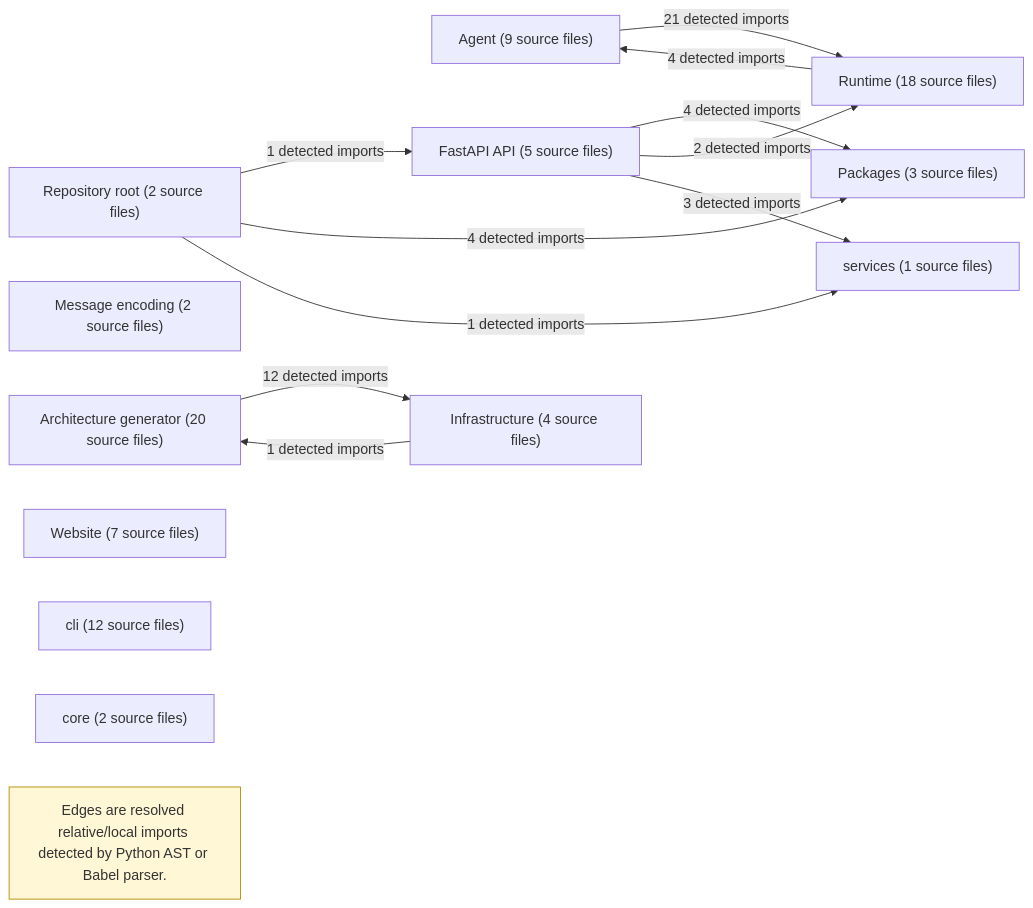
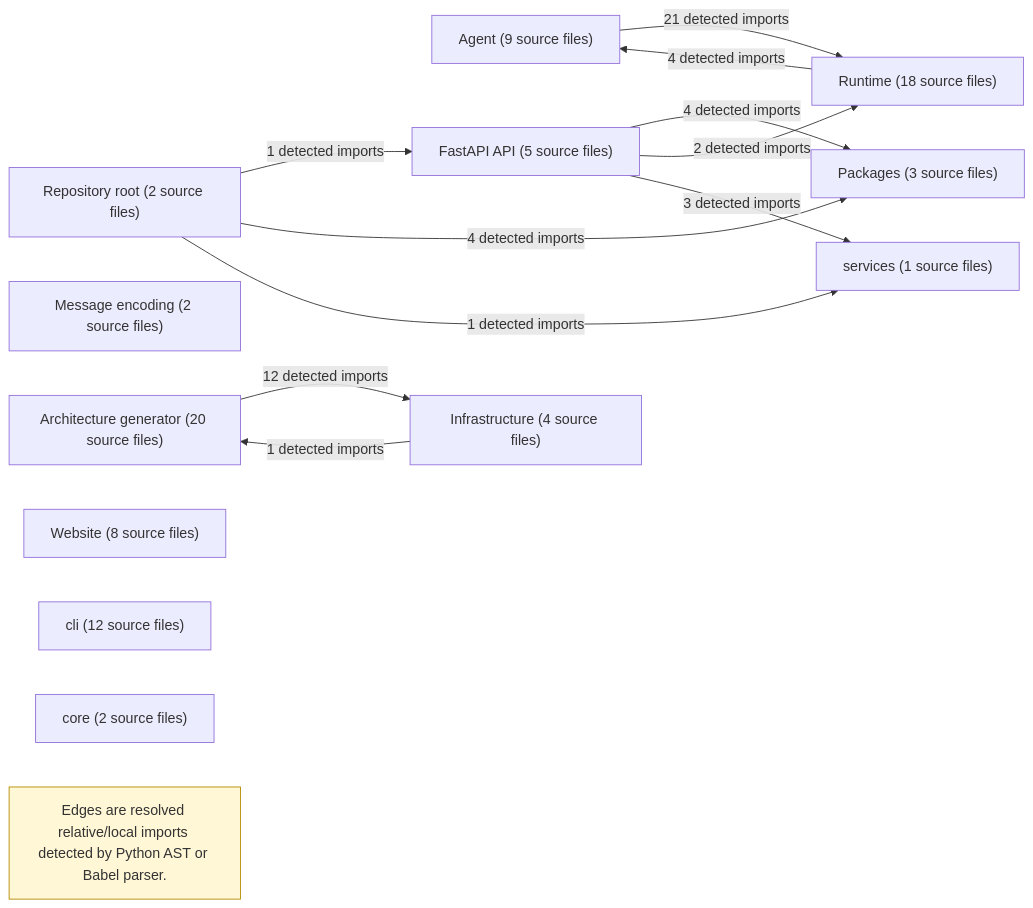
One commit to TheWildKaden/ArdvarkFood changed the diagram in docs/architecture/modules.mmd. Above: the diagram before and after it, drawn with Mermaid. The commit also changed 11 other files, not shown here.

```diff
--- a/docs/architecture/modules.mmd
+++ b/docs/architecture/modules.mmd
@@ -1,26 +1,26 @@
 flowchart LR
   Agent["Agent (9 source files)"]
   Architecture_generator["Architecture generator (20 source files)"]
   FastAPI_API["FastAPI API (5 source files)"]
   Infrastructure["Infrastructure (4 source files)"]
   Message_encoding["Message encoding (2 source files)"]
   Packages["Packages (3 source files)"]
   Repository_root["Repository root (2 source files)"]
   Runtime["Runtime (18 source files)"]
-  Website["Website (7 source files)"]
+  Website["Website (8 source files)"]
   cli["cli (12 source files)"]
   core["core (2 source files)"]
   services["services (1 source files)"]
   Agent -->|"21 detected imports"| Runtime
   Architecture_generator -->|"12 detected imports"| Infrastructure
   FastAPI_API -->|"4 detected imports"| Packages
   FastAPI_API -->|"2 detected imports"| Runtime
   FastAPI_API -->|"3 detected imports"| services
   Infrastructure -->|"1 detected imports"| Architecture_generator
   Repository_root -->|"1 detected imports"| FastAPI_API
   Repository_root -->|"4 detected imports"| Packages
   Repository_root -->|"1 detected imports"| services
   Runtime -->|"4 detected imports"| Agent
   analysis_note_0["Edges are resolved relative/local imports detected by Python AST or Babel parser."]
   class analysis_note_0 note
   classDef note fill:#fff7d6,stroke:#b38b00,color:#333
```
